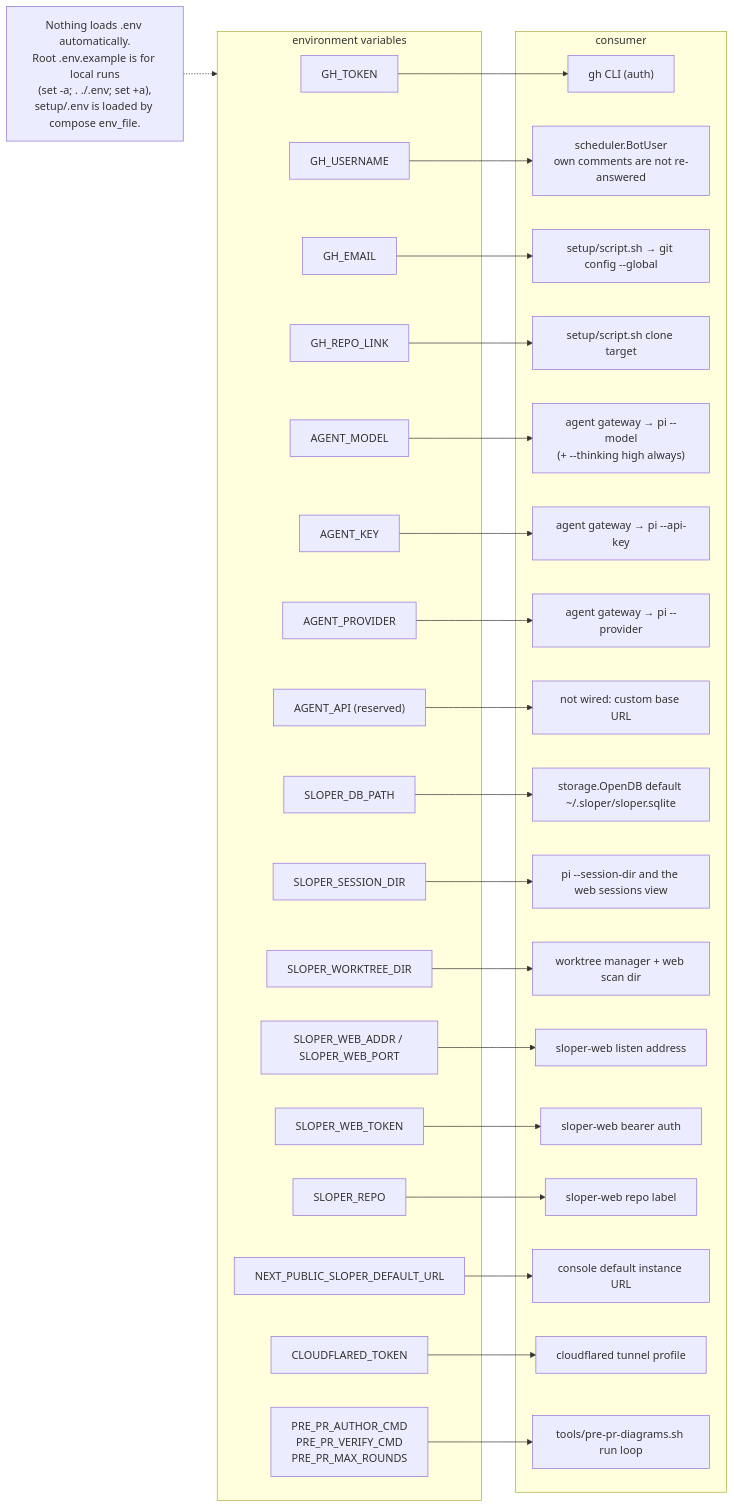
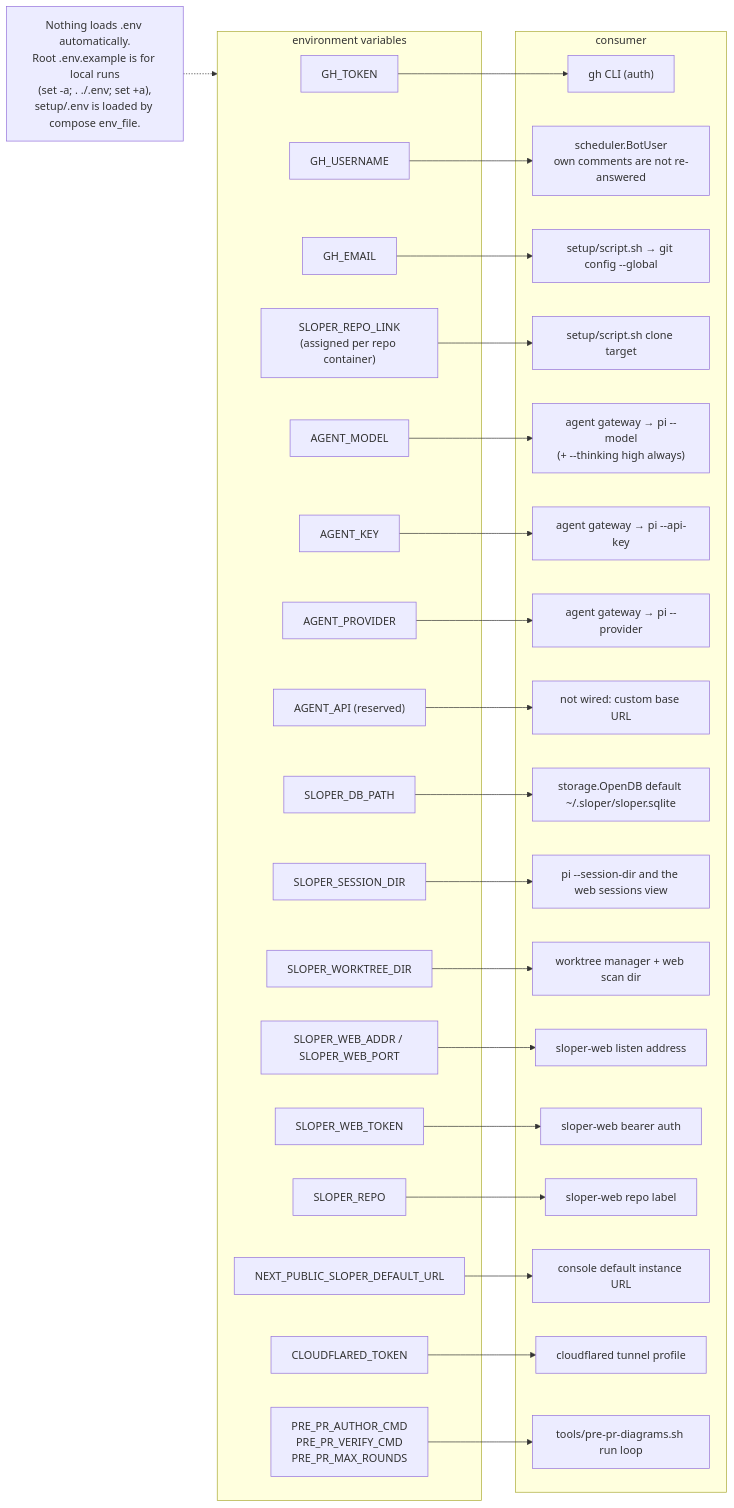
Before and after one commit to ButterHost69/sloper: diagram 22 of 24 in docs/sloper-project-map.md, drawn with Mermaid. The commit also changed other lines of this file and 13 other files, not shown here.

First line of the commit message:
refactor(setup): drop the .env repo link, the controller assigns repos

````diff
--- a/docs/sloper-project-map.md
+++ b/docs/sloper-project-map.md
@@ -1370,62 +1384,62 @@
 ```mermaid
 flowchart LR
     subgraph ENV["environment variables"]
         E1["GH_TOKEN"]
         E2["GH_USERNAME"]
         E3["GH_EMAIL"]
-        E4["GH_REPO_LINK"]
+        E4["SLOPER_REPO_LINK<br/>(assigned per repo container)"]
         E5["AGENT_MODEL"]
         E6["AGENT_KEY"]
         E7["AGENT_PROVIDER"]
         E8["AGENT_API (reserved)"]
         E9["SLOPER_DB_PATH"]
         E10["SLOPER_SESSION_DIR"]
         E11["SLOPER_WORKTREE_DIR"]
         E12["SLOPER_WEB_ADDR / SLOPER_WEB_PORT"]
         E13["SLOPER_WEB_TOKEN"]
         E14["SLOPER_REPO"]
         E15["NEXT_PUBLIC_SLOPER_DEFAULT_URL"]
         E16["CLOUDFLARED_TOKEN"]
         E17["PRE_PR_AUTHOR_CMD<br/>PRE_PR_VERIFY_CMD<br/>PRE_PR_MAX_ROUNDS"]
     end
 
     subgraph CONSUMER["consumer"]
         C1["gh CLI (auth)"]
         C2["scheduler.BotUser<br/>own comments are not re-answered"]
         C3["setup/script.sh → git config --global"]
         C4["setup/script.sh clone target"]
         C5["agent gateway → pi --model<br/>(+ --thinking high always)"]
         C6["agent gateway → pi --api-key"]
         C7["agent gateway → pi --provider"]
         C8["not wired: custom base URL"]
         C9["storage.OpenDB default ~/.sloper/sloper.sqlite"]
         C10["pi --session-dir and the web sessions view"]
         C11["worktree manager + web scan dir"]
         C12["sloper-web listen address"]
         C13["sloper-web bearer auth"]
         C14["sloper-web repo label"]
         C15["console default instance URL"]
         C16["cloudflared tunnel profile"]
         C17["tools/pre-pr-diagrams.sh run loop"]
     end
 
     E1 --> C1
     E2 --> C2
     E3 --> C3
     E4 --> C4
     E5 --> C5
     E6 --> C6
     E7 --> C7
     E8 --> C8
     E9 --> C9
     E10 --> C10
     E11 --> C11
     E12 --> C12
     E13 --> C13
     E14 --> C14
     E15 --> C15
     E16 --> C16
     E17 --> C17
 
     NOTE["Nothing loads .env automatically.<br/>Root .env.example is for local runs<br/>(set -a; . ./.env; set +a),<br/>setup/.env is loaded by compose env_file."] -.-> ENV
 ```
````
